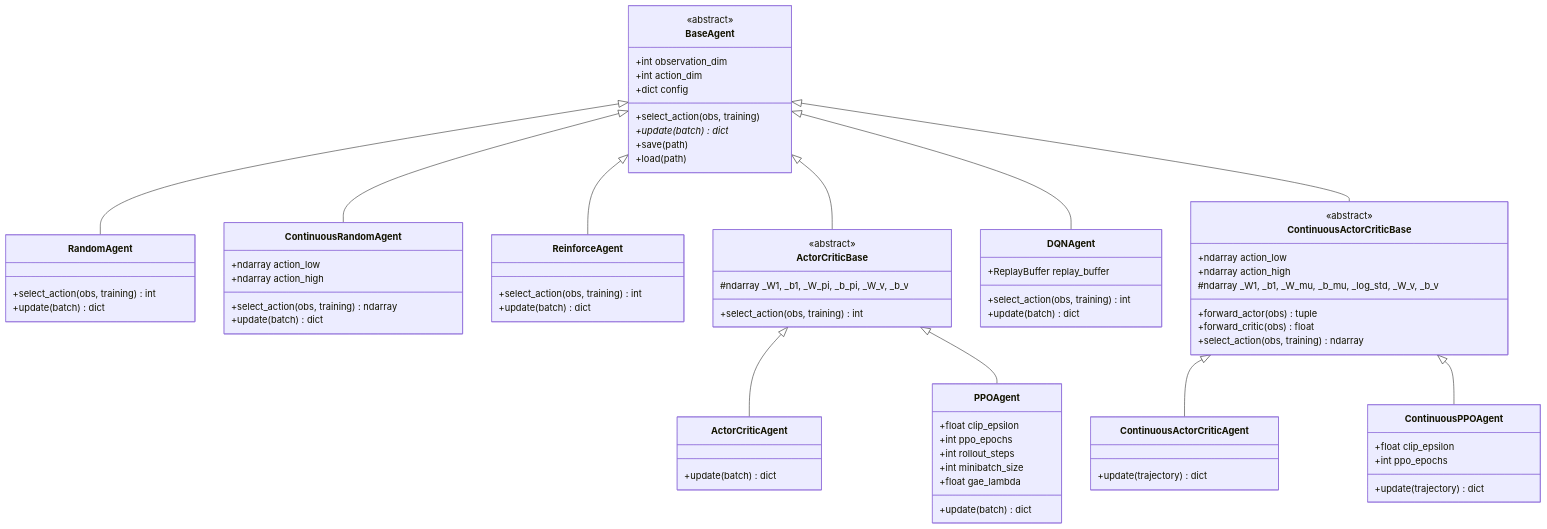
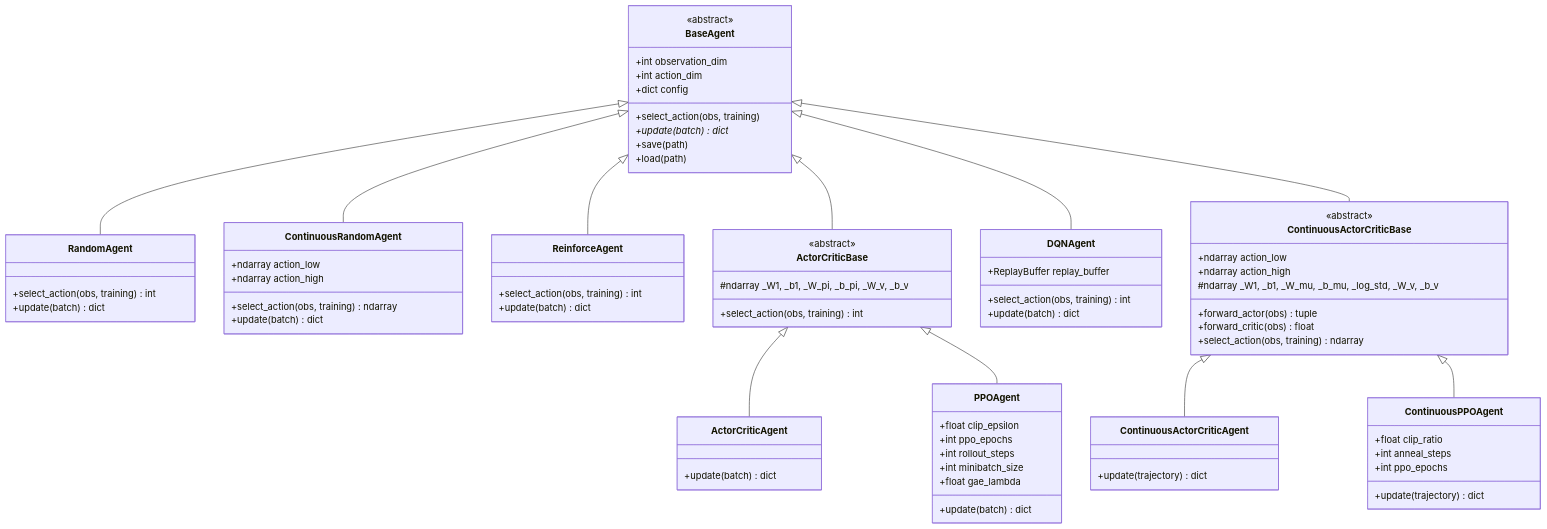
The second of 3 diagrams in ARCHITECTURE.md (andreijw/AI), drawn with Mermaid before and after one commit. The commit also changed 10 other files, not shown here.

```diff
--- a/ARCHITECTURE.md
+++ b/ARCHITECTURE.md
@@ -181,7 +181,8 @@
     }
 
     class ContinuousPPOAgent {
-        +float clip_epsilon
+        +float clip_ratio
+        +int anneal_steps
         +int ppo_epochs
         +update(trajectory) dict
     }
```
